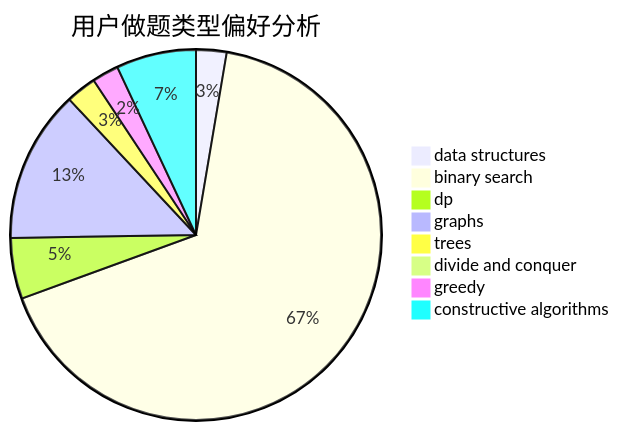
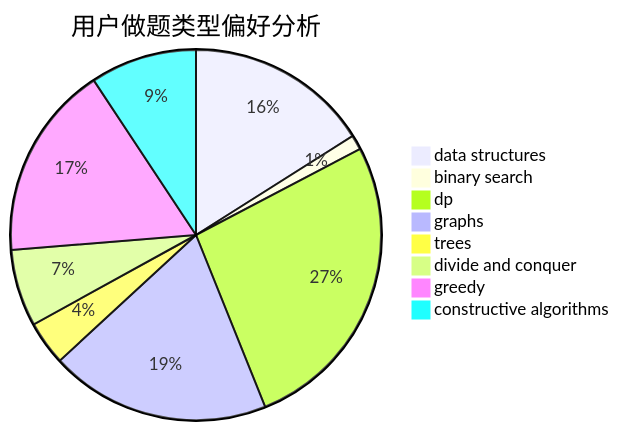
Before and after one commit to sherpahu/cfrs.github.io: the second of 3 diagrams in docs/user/u2490.md, drawn with Mermaid. The commit also changed other lines of this file and 2770 other files, not shown here.

````diff
--- a/docs/user/u2490.md
+++ b/docs/user/u2490.md
@@ -23,11 +23,11 @@
 ```mermaid
 pie title 用户做题类型偏好分析
-    "data structures" :  8
-    "binary search" :  201
-    "dp" :  16
-    "graphs" :  40
-    "trees" :  8
-    "divide and conquer" :  0
-    "greedy" :  7
-    "constructive algorithms" :  21
+    "data structures" :  50
+    "binary search" :  4
+    "dp" :  83
+    "graphs" :  60
+    "trees" :  12
+    "divide and conquer" :  21
+    "greedy" :  53
+    "constructive algorithms" :  29
 ```
````
